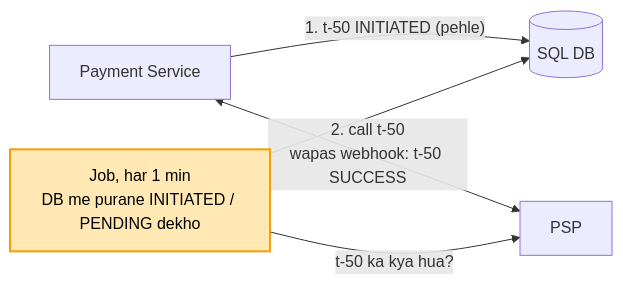
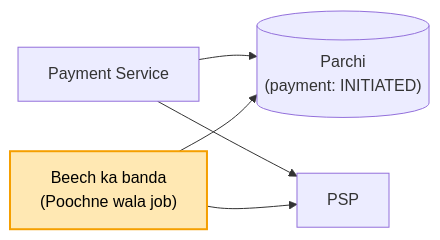
The second of 4 diagrams in 04_HLD/SYSTEM_DESIGNS/06_payment_system/06_payment_system.md (ArpanMaheshwari144/Prep), drawn with Mermaid before and after one commit. The commit also changed other lines of this file and 13 other files, not shown here.

````diff
--- a/04_HLD/SYSTEM_DESIGNS/06_payment_system/06_payment_system.md
+++ b/04_HLD/SYSTEM_DESIGNS/06_payment_system/06_payment_system.md
@@ -215,8 +69,8 @@
 ```mermaid
 flowchart LR
-    S["Payment Service"] -- "1. t-50 INITIATED (pehle)" --> D[("SQL DB")]
-    S <-->|"2. call t-50<br/>wapas webhook: t-50 SUCCESS"| P["PSP"]
-    J["Job, har 1 min<br/>DB me purane INITIATED / PENDING dekho"] --> D
-    J -- "t-50 ka kya hua?" --> P
+    S["Payment Service"] --> D[("Parchi<br/>(payment: INITIATED)")]
+    S --> P["PSP"]
+    J["Beech ka banda<br/>(Poochne wala job)"] --> D
+    J --> P
     style J fill:#ffe8b3,stroke:#f59f00,stroke-width:2px,color:#000
 ```
````
